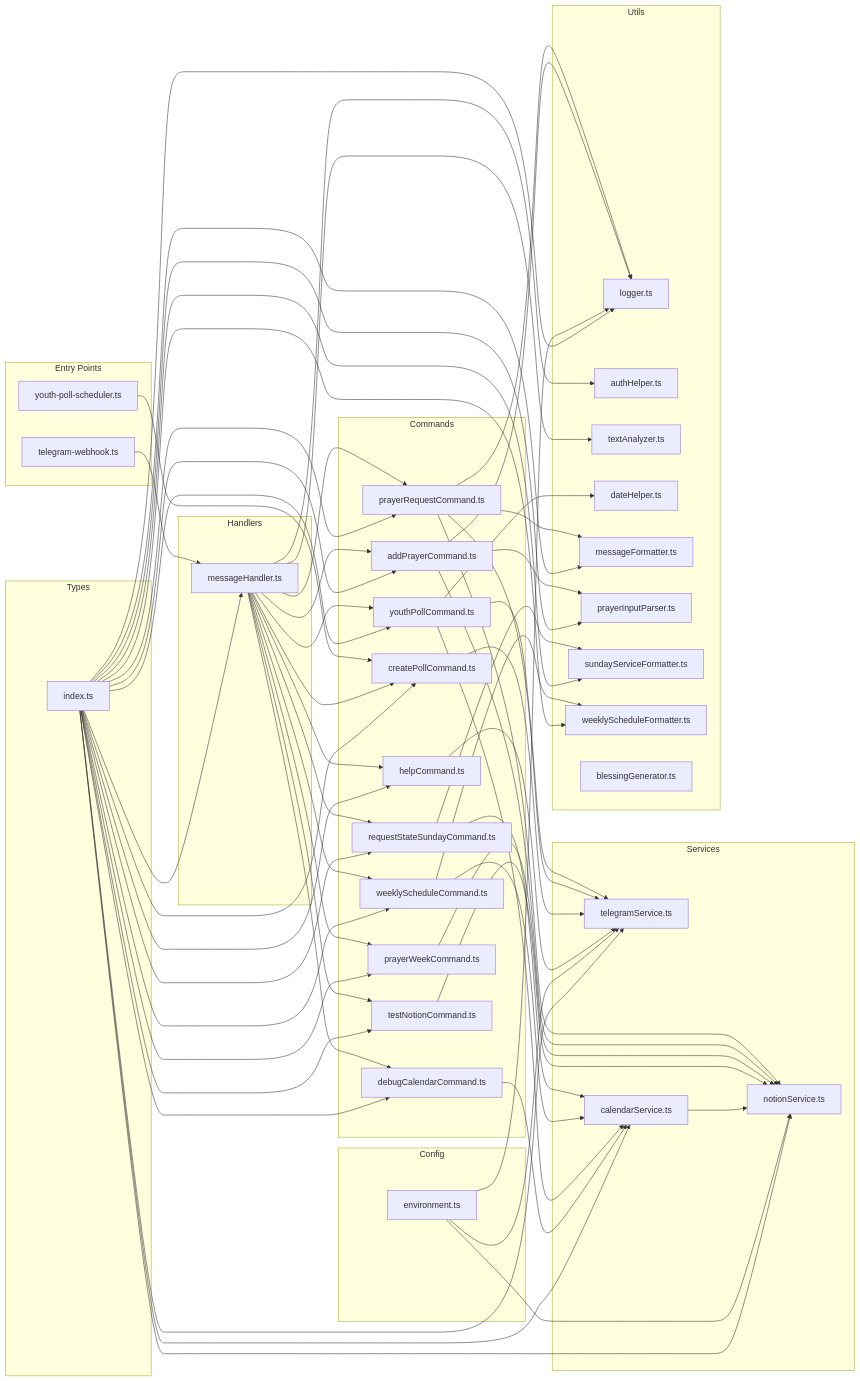
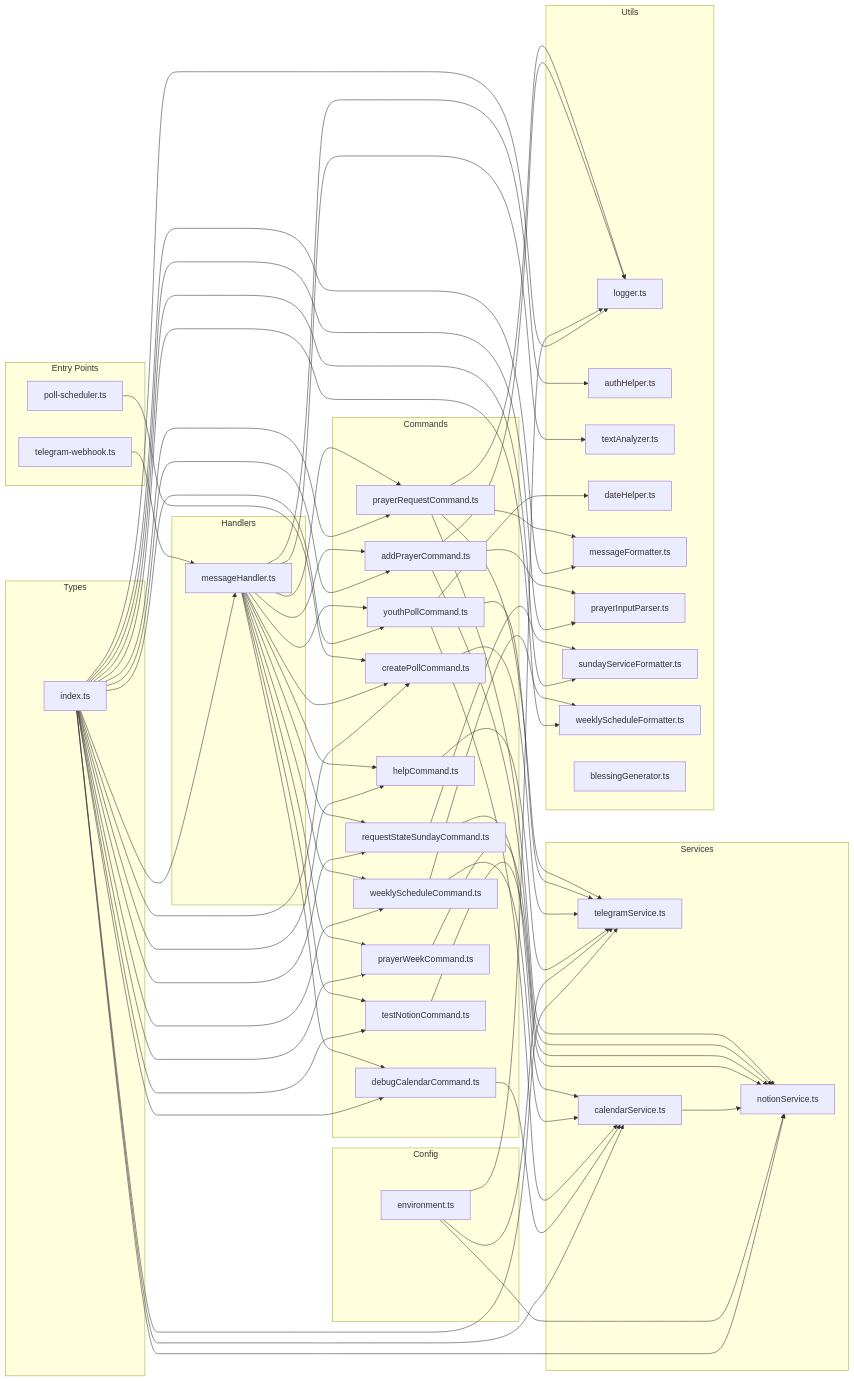
One commit to DenisArger/church-management-js changed the third of 3 diagrams in docs/diagrams.md. Above: the diagram before and after it, drawn with Mermaid. The commit also changed other lines of this file and 25 other files, not shown here.

First line of the commit message:
refactor(poll-scheduler): consolidate youth poll scheduling functionality

```diff
--- a/docs/diagrams.md
+++ b/docs/diagrams.md
@@ -95,7 +95,7 @@
 graph LR
     subgraph Entry["Entry Points"]
         WH[telegram-webhook.ts]
-        SCH[youth-poll-scheduler.ts]
+        SCH[poll-scheduler.ts]
     end
     
     subgraph Handlers["Handlers"]
```
